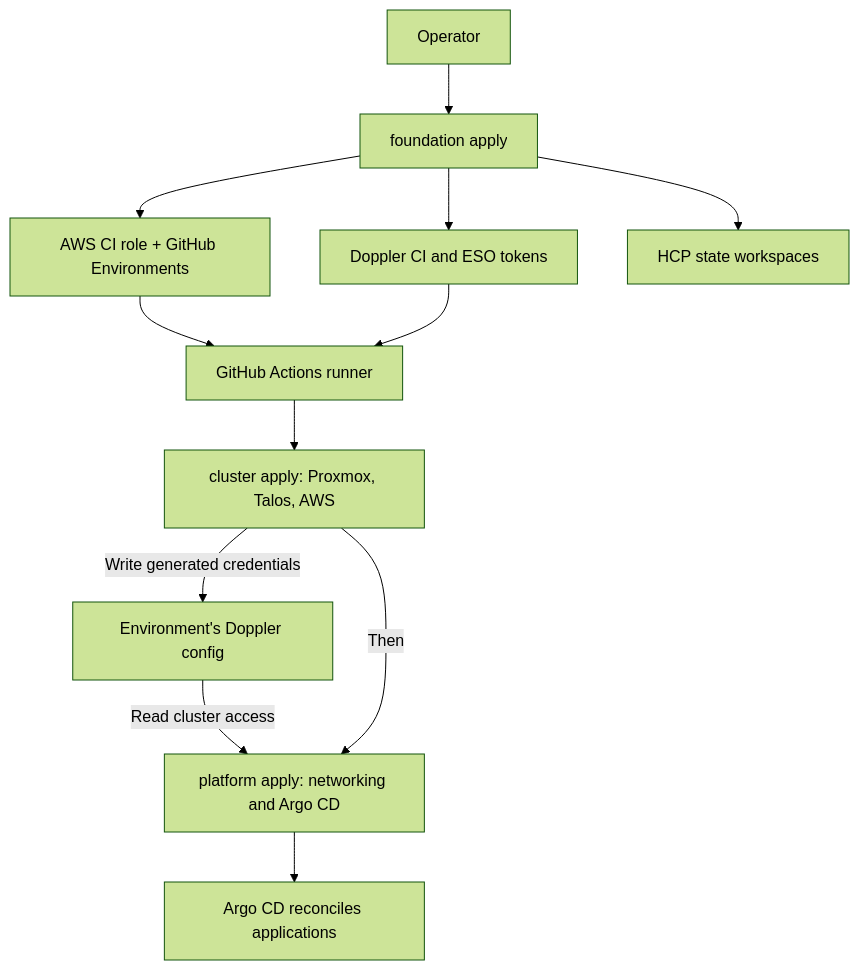
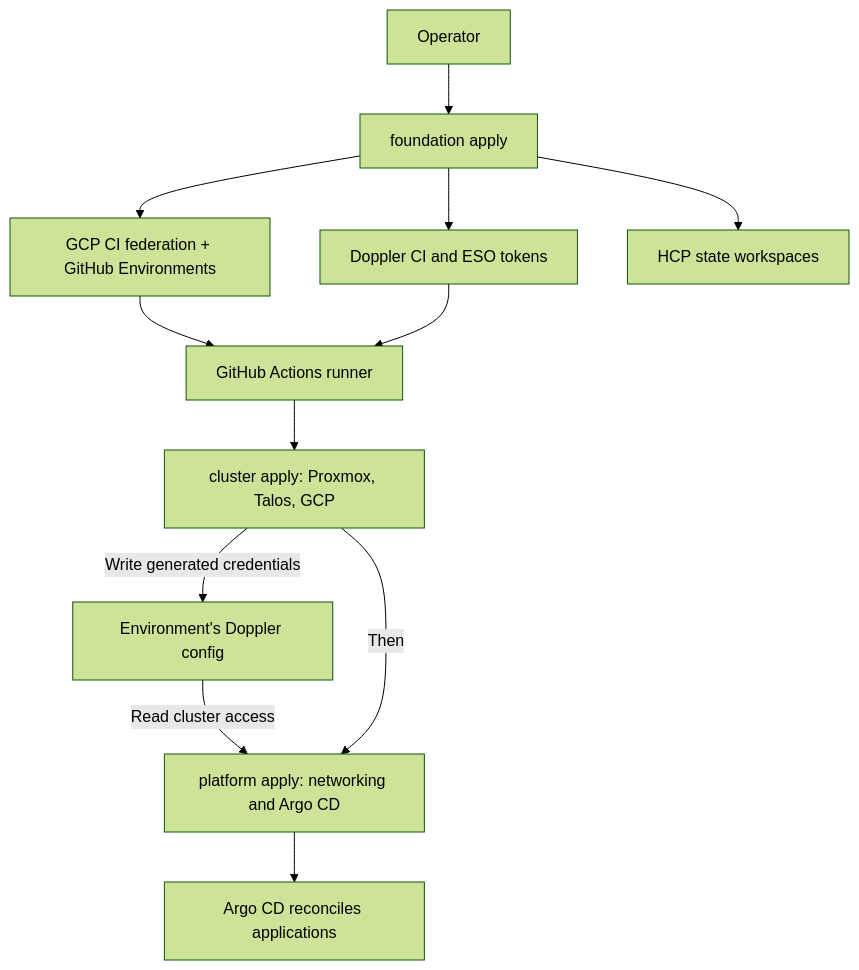
One commit to phuchoang2603/talos-proxmox changed the first of 2 diagrams in docs/architecture/terraform-ci.md. Above: the diagram before and after it, drawn with Mermaid (forest theme). The commit also changed other lines of this file and 160 other files, not shown here.

First line of the commit message:
feat(prod): run production on GCP with Cluster Autoscaler instead of AWS with Karpenter (#112)

````diff
--- a/docs/architecture/terraform-ci.md
+++ b/docs/architecture/terraform-ci.md
@@ -17,14 +17,14 @@
 ```mermaid
 flowchart TD
     Operator["Operator"] --> Foundation["foundation apply"]
-    Foundation --> Identity["AWS CI role + GitHub Environments"]
+    Foundation --> Identity["GCP CI federation + GitHub Environments"]
     Foundation --> Tokens["Doppler CI and ESO tokens"]
     Foundation --> State["HCP state workspaces"]
     Identity --> Runner["GitHub Actions runner"]
     Tokens --> Runner
-    Runner --> Cluster["cluster apply: Proxmox, Talos, AWS"]
+    Runner --> Cluster["cluster apply: Proxmox, Talos, GCP"]
     Cluster -->|"Write generated credentials"| Doppler["Environment's Doppler config"]
     Doppler -->|"Read cluster access"| Platform["platform apply: networking and Argo CD"]
     Cluster -->|"Then"| Platform
     Platform --> Argo["Argo CD reconciles applications"]
 ```
````
